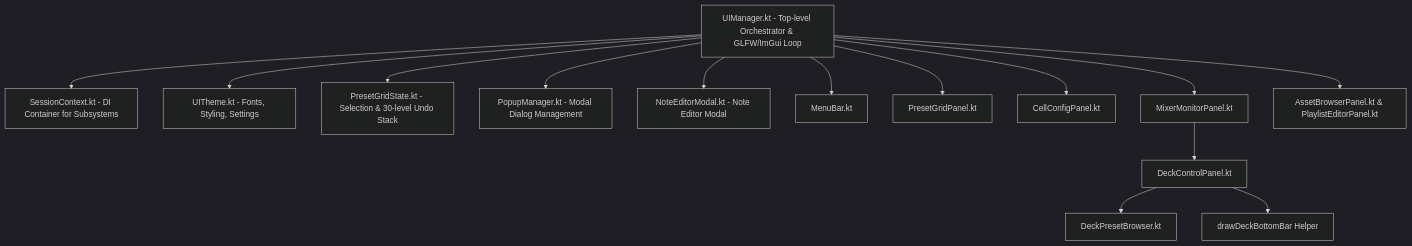
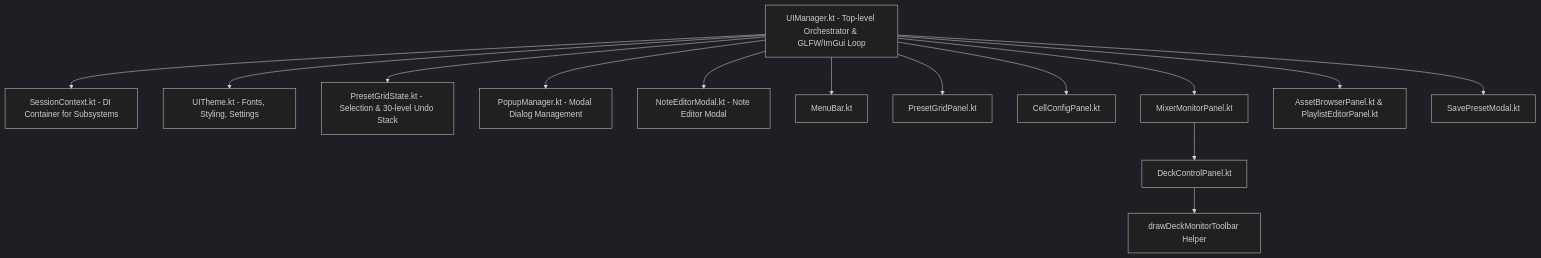
Before and after one commit to greenjon/liquid-lsd: the diagram in docs/developer/ui.md, drawn with Mermaid (dark theme). The commit also changed other lines of this file and 11 other files, not shown here.

First line of the commit message:
ui: replace DeckPresetBrowser with SavePresetModal and context-aware metadata flows

````diff
--- a/docs/developer/ui.md
+++ b/docs/developer/ui.md
@@ -9,26 +9,26 @@
 ```mermaid
 graph TD
     UIManager[UIManager.kt - Top-level Orchestrator & GLFW/ImGui Loop]
     
     SessionContext[SessionContext.kt - DI Container for Subsystems]
     UITheme[UITheme.kt - Fonts, Styling, Settings]
     PresetGridState[PresetGridState.kt - Selection & 30-level Undo Stack]
     PopupManager[PopupManager.kt - Modal Dialog Management]
     NoteEditorModal[NoteEditorModal.kt - Note Editor Modal]
     
     UIManager --> SessionContext
     UIManager --> UITheme
     UIManager --> PresetGridState
     UIManager --> PopupManager
     UIManager --> NoteEditorModal
     
     UIManager --> MenuBar[MenuBar.kt]
     UIManager --> PresetGridPanel[PresetGridPanel.kt]
     UIManager --> CellConfigPanel[CellConfigPanel.kt]
     UIManager --> MixerMonitorPanel[MixerMonitorPanel.kt]
     UIManager --> AssetBrowserPanel[AssetBrowserPanel.kt & PlaylistEditorPanel.kt]
     
     MixerMonitorPanel --> DeckControlPanel[DeckControlPanel.kt]
-    DeckControlPanel --> DeckPresetBrowser[DeckPresetBrowser.kt]
-    DeckControlPanel --> drawDeckBottomBar[drawDeckBottomBar Helper]
+    DeckControlPanel --> drawDeckMonitorToolbar[drawDeckMonitorToolbar Helper]
+    UIManager --> SavePresetModal[SavePresetModal.kt]
 ```
````
